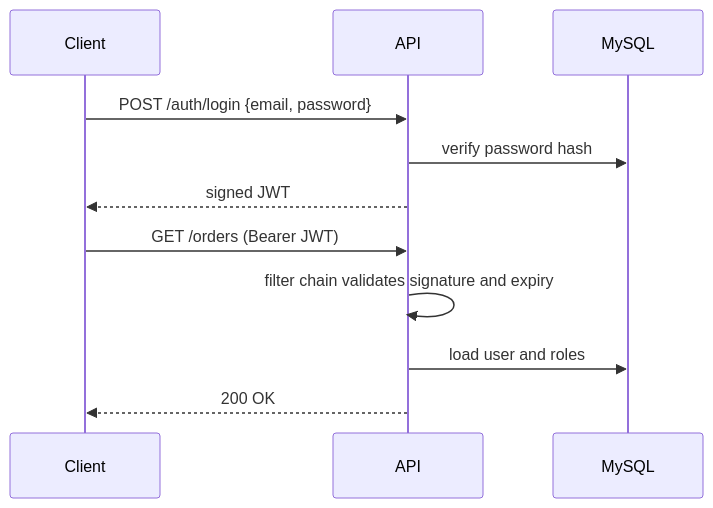
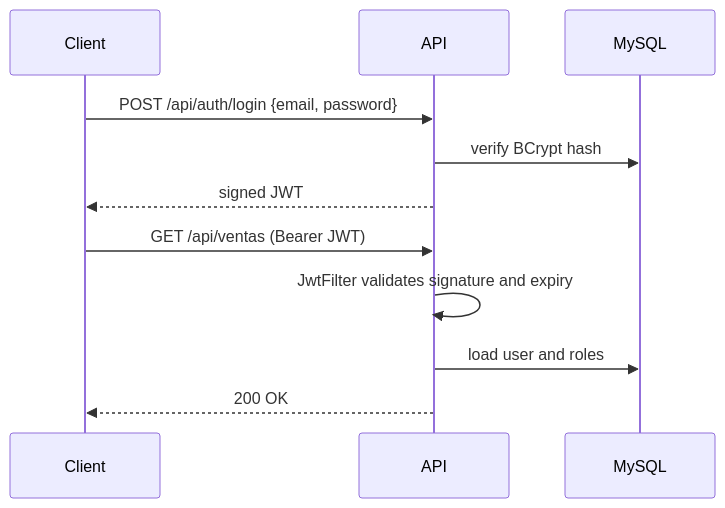
The third of 4 diagrams in README.md (bru678nein/ecommerceyacomo), drawn with Mermaid before and after one commit. The commit also changed other lines of this file, not shown here.

````diff
--- a/README.md
+++ b/README.md
@@ -186,14 +197,14 @@
 ```mermaid
 sequenceDiagram
     participant C as Client
     participant A as API
     participant D as MySQL
 
-    C->>A: POST /auth/login {email, password}
-    A->>D: verify password hash
+    C->>A: POST /api/auth/login {email, password}
+    A->>D: verify BCrypt hash
     A-->>C: signed JWT
-    C->>A: GET /orders (Bearer JWT)
-    A->>A: filter chain validates signature and expiry
+    C->>A: GET /api/ventas (Bearer JWT)
+    A->>A: JwtFilter validates signature and expiry
     A->>D: load user and roles
     A-->>C: 200 OK
 ```
````
